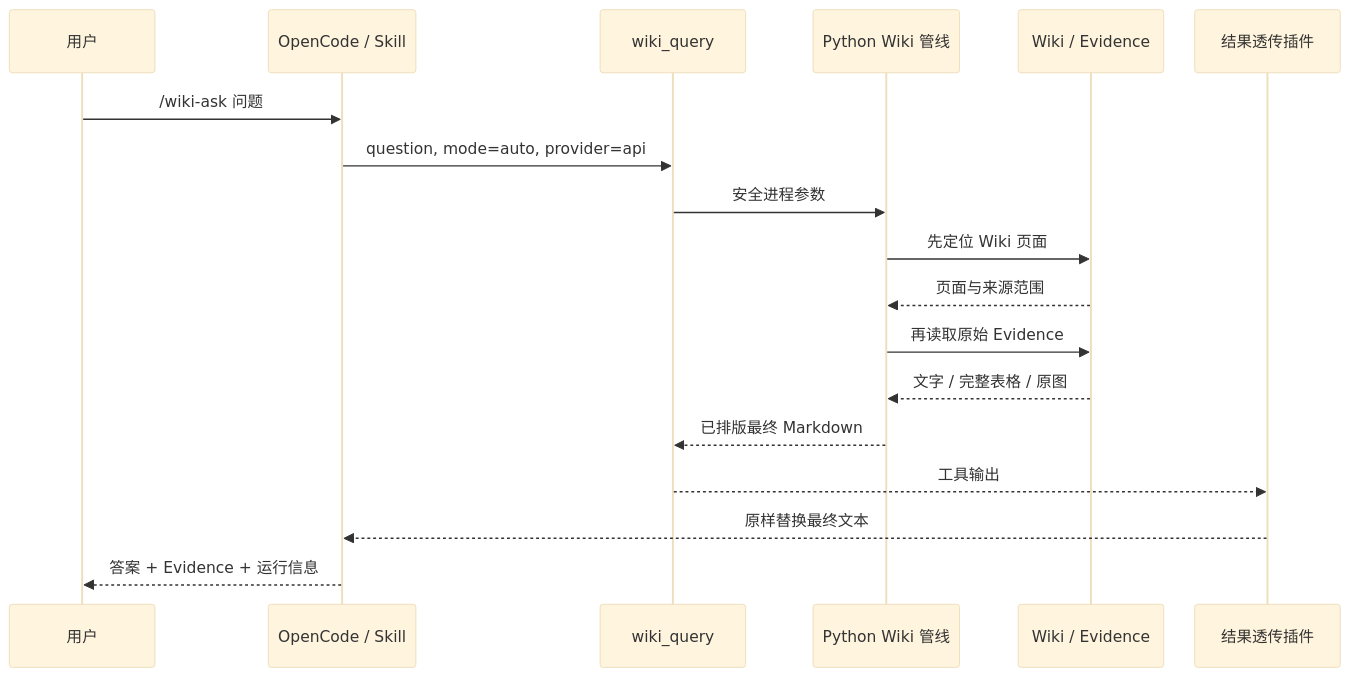
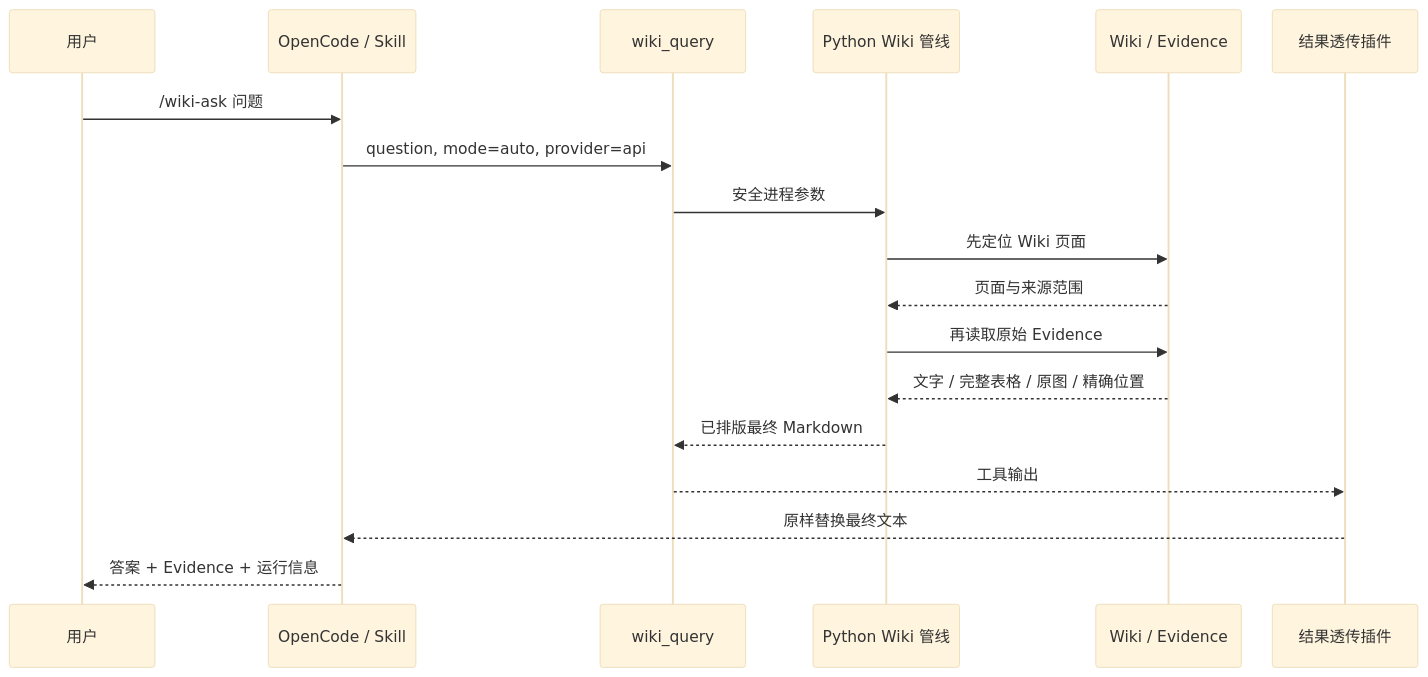
One commit to yooa722/multimodal-llm-wiki changed the second of 3 diagrams in .opencode/skills/multimodal-wiki/README.md. Above: the diagram before and after it, drawn with Mermaid. The commit also changed other lines of this file and 12 other files, not shown here.

````diff
--- a/.opencode/skills/multimodal-wiki/README.md
+++ b/.opencode/skills/multimodal-wiki/README.md
@@ -97,22 +99,22 @@
 ```mermaid
 %%{init: {"theme":"base","sequence":{"diagramMarginX":20,"actorMargin":32,"messageMargin":24},"themeVariables":{"fontFamily":"Inter, -apple-system, BlinkMacSystemFont, Segoe UI, sans-serif"}}}%%
 sequenceDiagram
     participant U as 用户
     participant O as OpenCode / Skill
     participant T as wiki_query
     participant P as Python Wiki 管线
     participant K as Wiki / Evidence
     participant X as 结果透传插件
 
     U->>O: /wiki-ask 问题
     O->>T: question, mode=auto, provider=api
     T->>P: 安全进程参数
     P->>K: 先定位 Wiki 页面
     K-->>P: 页面与来源范围
     P->>K: 再读取原始 Evidence
-    K-->>P: 文字 / 完整表格 / 原图
+    K-->>P: 文字 / 完整表格 / 原图 / 精确位置
     P-->>T: 已排版最终 Markdown
     T-->>X: 工具输出
     X-->>O: 原样替换最终文本
     O-->>U: 答案 + Evidence + 运行信息
 ```
````
